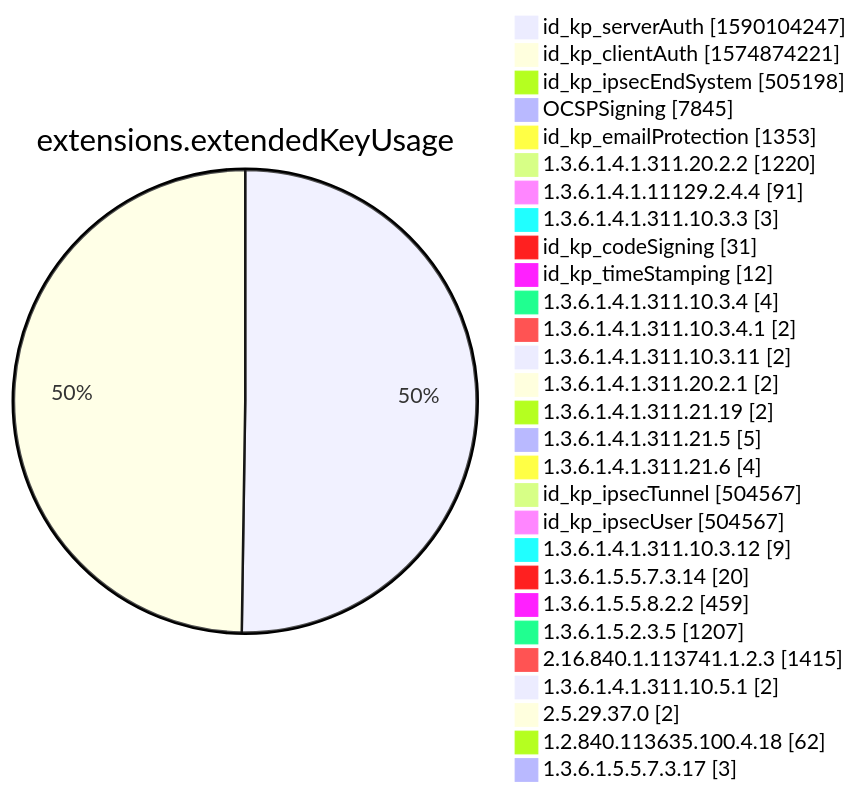
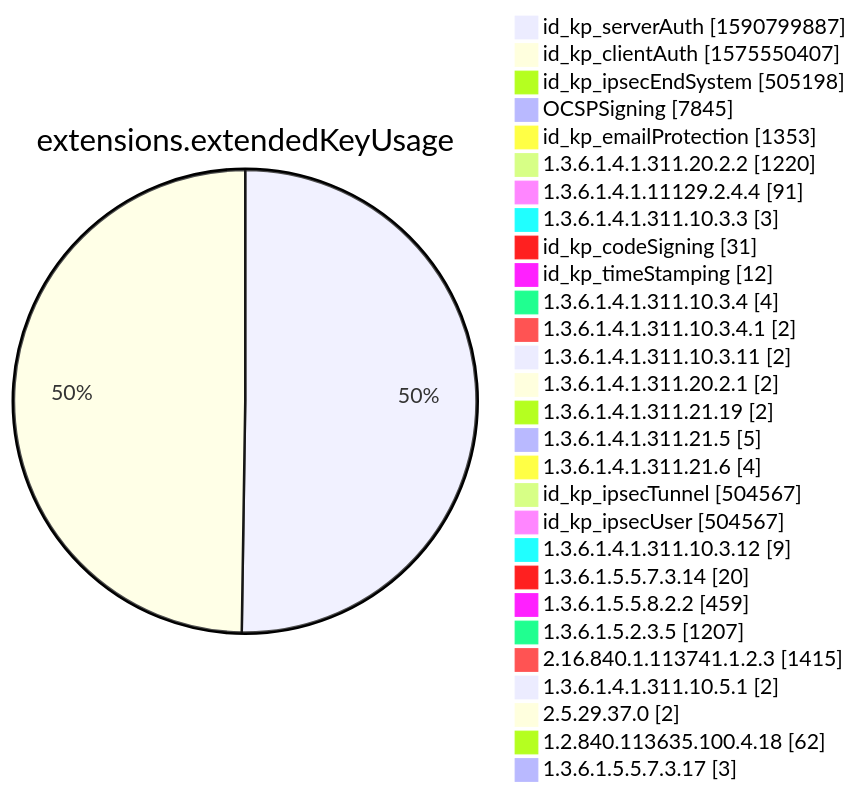
One commit to christiankrug/ctmonitor_visualization changed diagram 12 of 15 in xenon2022/README.md. Above: the diagram before and after it, drawn with Mermaid. The commit also changed other lines of this file, not shown here.

````diff
--- a/xenon2022/README.md
+++ b/xenon2022/README.md
@@ -3885,32 +3885,32 @@
 ```mermaid
 pie showData
 title extensions.extendedKeyUsage
-"id_kp_serverAuth" :1590104247
-"id_kp_clientAuth" :1574874221
+"id_kp_serverAuth" :1590799887
+"id_kp_clientAuth" :1575550407
 "id_kp_ipsecEndSystem" :505198
 "OCSPSigning" :7845
 "id_kp_emailProtection" :1353
 "1.3.6.1.4.1.311.20.2.2" :1220
 "1.3.6.1.4.1.11129.2.4.4" :91
 "1.3.6.1.4.1.311.10.3.3" :3
 "id_kp_codeSigning" :31
 "id_kp_timeStamping" :12
 "1.3.6.1.4.1.311.10.3.4" :4
 "1.3.6.1.4.1.311.10.3.4.1" :2
 "1.3.6.1.4.1.311.10.3.11" :2
 "1.3.6.1.4.1.311.20.2.1" :2
 "1.3.6.1.4.1.311.21.19" :2
 "1.3.6.1.4.1.311.21.5" :5
 "1.3.6.1.4.1.311.21.6" :4
 "id_kp_ipsecTunnel" :504567
 "id_kp_ipsecUser" :504567
 "1.3.6.1.4.1.311.10.3.12" :9
 "1.3.6.1.5.5.7.3.14" :20
 "1.3.6.1.5.5.8.2.2" :459
 "1.3.6.1.5.2.3.5" :1207
 "2.16.840.1.113741.1.2.3" :1415
 "1.3.6.1.4.1.311.10.5.1" :2
 "2.5.29.37.0" :2
 "1.2.840.113635.100.4.18" :62
 "1.3.6.1.5.5.7.3.17" :3
 ```
````
